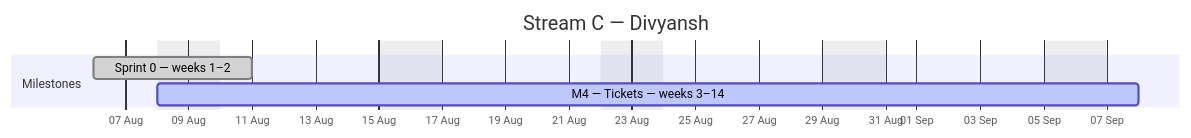
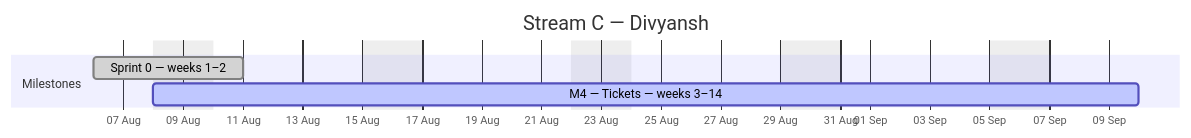
Before and after one commit to debashisedunext/EduTrack: the third of 4 diagrams in docs/plan/GANTT.md, drawn with Mermaid. The commit also changed other lines of this file and 5 other files, not shown here.

````diff
--- a/docs/plan/GANTT.md
+++ b/docs/plan/GANTT.md
@@ -116,10 +121,10 @@
 ```mermaid
 gantt
     dateFormat YYYY-MM-DD
     axisFormat %d %b
     title Stream C — Divyansh
     excludes weekends
     section Milestones
     Sprint 0 — weeks 1–2 :done, c0, 2026-08-06, 3d
-    M4 — Tickets — weeks 3–14 :active, c1, 2026-08-08, 22d
+    M4 — Tickets — weeks 3–14 :active, c1, 2026-08-08, 24d
 ```
````
